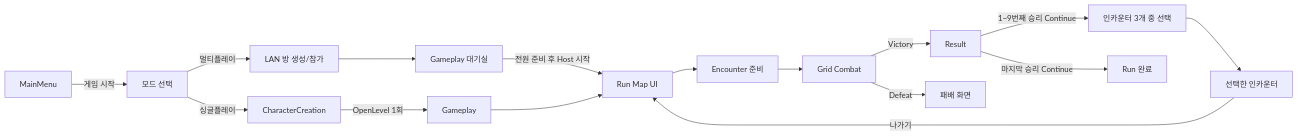
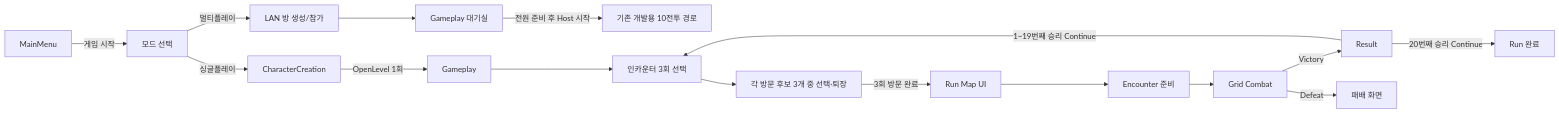
The diagram in Docs/PROJECT_PLAN.md (jaba001/ProjectA), drawn with Mermaid before and after one commit. The commit also changed other lines of this file and 83 other files, not shown here.

````diff
--- a/Docs/PROJECT_PLAN.md
+++ b/Docs/PROJECT_PLAN.md
@@ -33,18 +33,18 @@
 ```mermaid
 flowchart LR
     A[MainMenu] -->|게임 시작| M[모드 선택]
     M -->|싱글플레이| B[CharacterCreation]
     M -->|멀티플레이| L[LAN 방 생성/참가]
     B -->|OpenLevel 1회| C[Gameplay]
     L --> R[Gameplay 대기실]
-    R -->|전원 준비 후 Host 시작| D[Run Map UI]
-    C --> D[Run Map UI]
-    D --> E[Encounter 준비]
+    R -->|전원 준비 후 Host 시작| P[기존 개발용 10전투 경로]
+    C --> I[인카운터 3회 선택]
+    D[Run Map UI] --> E[Encounter 준비]
     E --> F[Grid Combat]
     F -->|Victory| G[Result]
-    G -->|1~9번째 승리 Continue| I[인카운터 3개 중 선택]
-    I --> J[선택한 인카운터]
-    J -->|나가기| D
-    G -->|마지막 승리 Continue| K[Run 완료]
+    G -->|1~19번째 승리 Continue| I
+    I --> J[각 방문 후보 3개 중 선택·퇴장]
+    J -->|3회 방문 완료| D
+    G -->|20번째 승리 Continue| K[Run 완료]
     F -->|Defeat| H[패배 화면]
 ```
````
